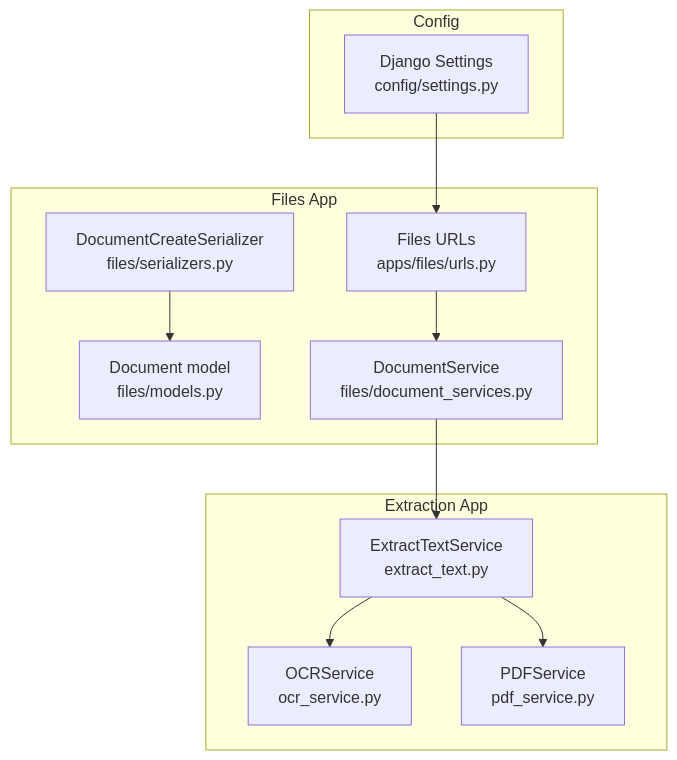
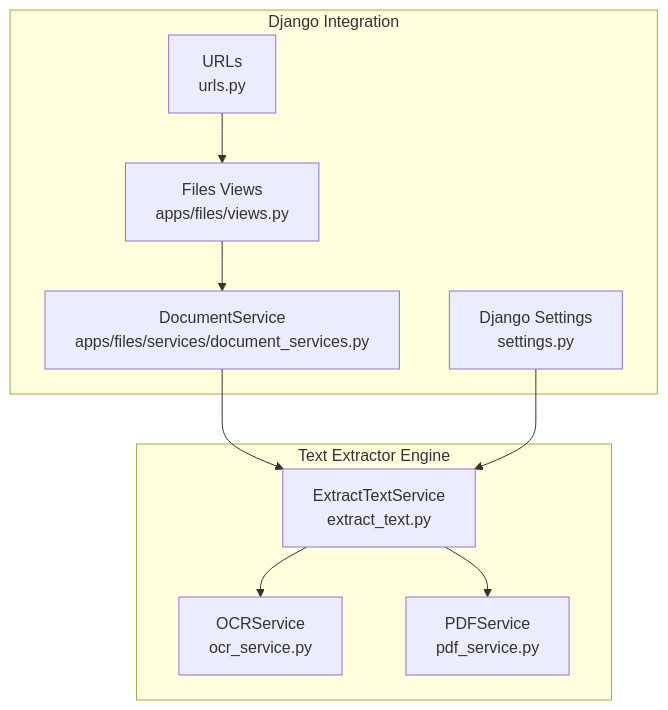
One commit to HamzaHindo/veritasshield changed the first of 7 diagrams in backend/.qoder/repowiki/en/content/Text Extraction Engine/Text Extraction Engine.md. Above: the diagram before and after it, drawn with Mermaid. The commit also changed other lines of this file and 49 other files, not shown here.

````diff
--- a/backend/.qoder/repowiki/en/content/Text Extraction Engine/Text Extraction Engine.md
+++ b/backend/.qoder/repowiki/en/content/Text Extraction Engine/Text Extraction Engine.md
@@ -38,23 +35,20 @@
 ```mermaid
 graph TB
-subgraph "Extraction App"
+subgraph "Text Extractor Engine"
 ETS["ExtractTextService<br/>extract_text.py"]
 OCR["OCRService<br/>ocr_service.py"]
 PDF["PDFService<br/>pdf_service.py"]
 end
-subgraph "Files App"
-DOC["Document model<br/>files/models.py"]
-SER["DocumentCreateSerializer<br/>files/serializers.py"]
-SVC["DocumentService<br/>files/document_services.py"]
-URL["Files URLs<br/>apps/files/urls.py"]
+subgraph "Django Integration"
+CFG["Django Settings<br/>settings.py"]
+URL["URLs<br/>urls.py"]
+VIEWS["Files Views<br/>apps/files/views.py"]
+DOC_SVC["DocumentService<br/>apps/files/services/document_services.py"]
 end
-subgraph "Config"
-SET["Django Settings<br/>config/settings.py"]
-end
+ETS --> OCR
 ETS --> PDF
-ETS --> OCR
-SVC --> ETS
-SER --> DOC
-URL --> SVC
-SET --> URL
+URL --> VIEWS
+VIEWS --> DOC_SVC
+DOC_SVC --> ETS
+CFG --> ETS
 ```
````
